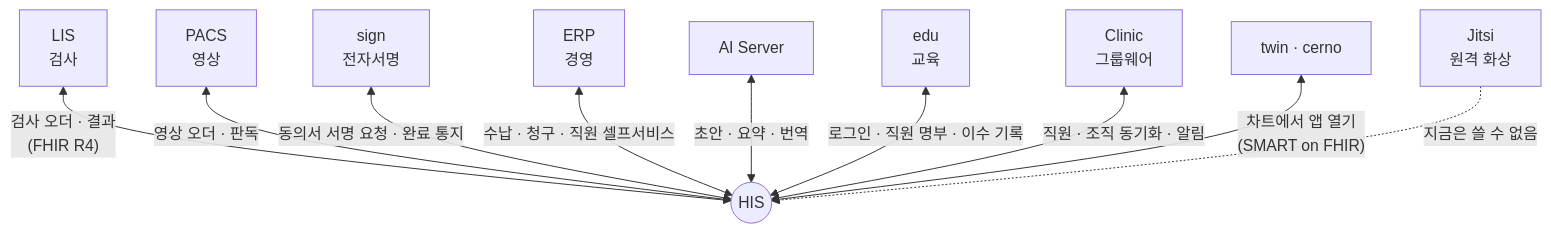
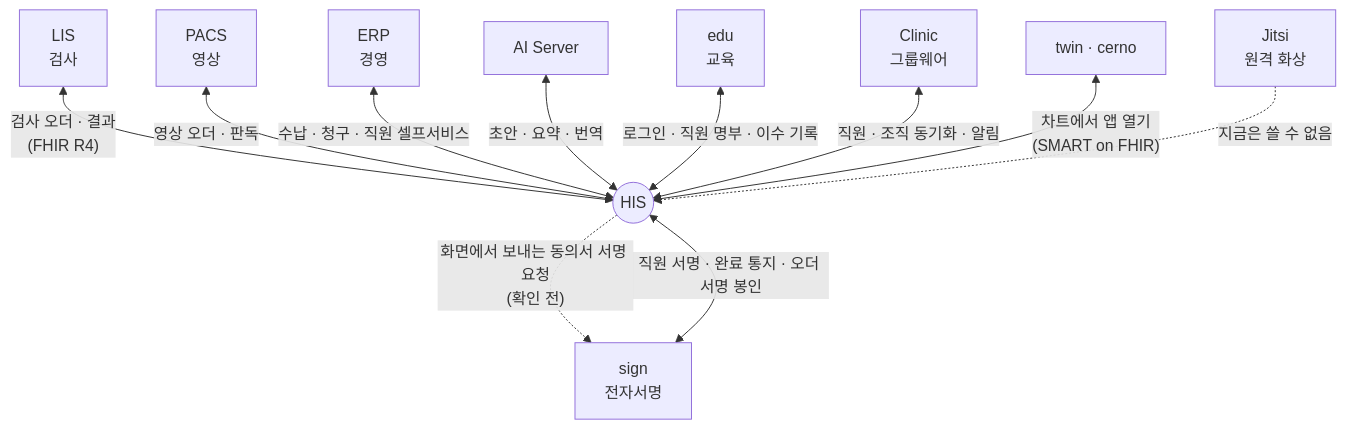
The second of 2 diagrams in projects/his.md (seanshin/werub-his-ecosystem), drawn with Mermaid before and after one commit. The commit also changed other lines of this file and 15 other files, not shown here.

````diff
--- a/projects/his.md
+++ b/projects/his.md
@@ -148,13 +153,14 @@
 ```mermaid
 flowchart TB
   HIS(("HIS"))
   LIS["LIS<br/>검사"] <-->|"검사 오더 · 결과<br/>(FHIR R4)"| HIS
   PACS["PACS<br/>영상"] <-->|"영상 오더 · 판독"| HIS
-  SIGN["sign<br/>전자서명"] <-->|"동의서 서명 요청 · 완료 통지"| HIS
+  SIGN["sign<br/>전자서명"] <-->|"직원 서명 · 완료 통지 · 오더 서명 봉인"| HIS
+  HIS -.->|"화면에서 보내는 동의서 서명 요청<br/>(확인 전)"| SIGN
   ERP["ERP<br/>경영"] <-->|"수납 · 청구 · 직원 셀프서비스"| HIS
   AI["AI Server"] <-->|"초안 · 요약 · 번역"| HIS
   EDU["edu<br/>교육"] <-->|"로그인 · 직원 명부 · 이수 기록"| HIS
   CL["Clinic<br/>그룹웨어"] <-->|"직원 · 조직 동기화 · 알림"| HIS
   TW["twin · cerno"] <-->|"차트에서 앱 열기<br/>(SMART on FHIR)"| HIS
   JI["Jitsi<br/>원격 화상"] -.->|"지금은 쓸 수 없음"| HIS
 ```
````
